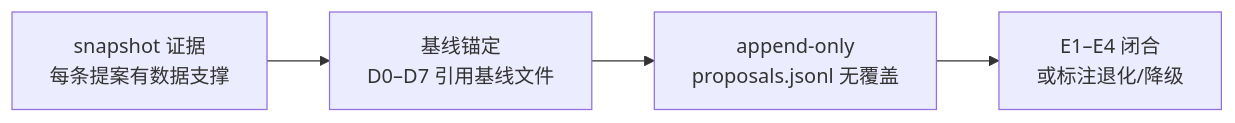
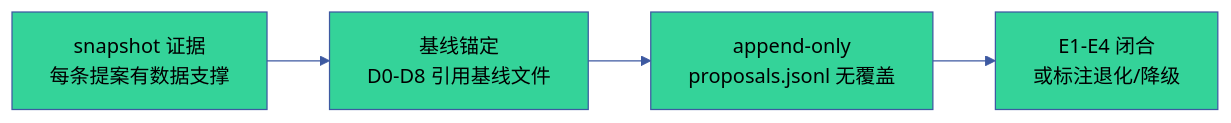
One commit to effiy/YrY changed the tenth of 10 diagrams in skills/rui-yry/rules/self-improve.md. Above: the diagram before and after it, drawn with Mermaid. The commit also changed other lines of this file and 1028 other files, not shown here.

````diff
--- a/skills/rui-yry/rules/self-improve.md
+++ b/skills/rui-yry/rules/self-improve.md
@@ -274,8 +374,16 @@
 ```mermaid
+%%{init: {'theme': 'base', 'themeVariables': {
+  'primaryColor': '#1e1f2b',
+  'primaryTextColor': '#a9b1d6',
+  'primaryBorderColor': '#3d59a1',
+  'lineColor': '#3d59a1',
+  'secondaryColor': '#2b2d3b',
+  'tertiaryColor': '#21232f'
+}}}%%
 flowchart LR
-    S1["snapshot 证据<br/>每条提案有数据支撑"]:::sig --> S2["基线锚定<br/>D0–D7 引用基线文件"]:::sig
+    S1["snapshot 证据<br/>每条提案有数据支撑"]:::sig --> S2["基线锚定<br/>D0-D8 引用基线文件"]:::sig
     S2 --> S3["append-only<br/>proposals.jsonl 无覆盖"]:::sig
-    S3 --> S4["E1–E4 闭合<br/>或标注退化/降级"]:::sig
+    S3 --> S4["E1-E4 闭合<br/>或标注退化/降级"]:::sig
 
-
+    classDef sig fill:#34d399,color:#000
 ```
````
